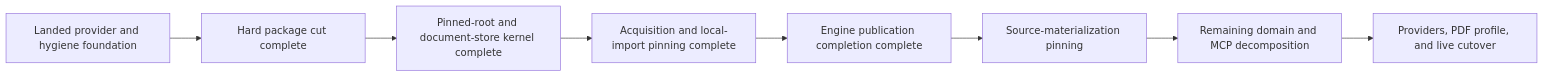
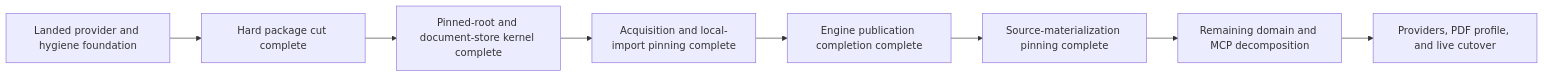
Before and after one commit to aghado01/codex-scientiae: the diagram in issues/mcp-servers/discussion/sol-open-items.md, drawn with Mermaid. The commit also changed other lines of this file and 12 other files, not shown here.

Commit message:
complete source materialization pinning

````diff
--- a/issues/mcp-servers/discussion/sol-open-items.md
+++ b/issues/mcp-servers/discussion/sol-open-items.md
@@ -17,10 +17,10 @@
 ```mermaid
 flowchart LR
     A["Landed provider and hygiene foundation"] --> B["Hard package cut complete"]
     B --> C["Pinned-root and document-store kernel complete"]
     C --> D["Acquisition and local-import pinning complete"]
     D --> E["Engine publication completion complete"]
-    E --> F["Source-materialization pinning"]
+    E --> F["Source-materialization pinning complete"]
     F --> G["Remaining domain and MCP decomposition"]
     G --> H["Providers, PDF profile, and live cutover"]
 ```
````
